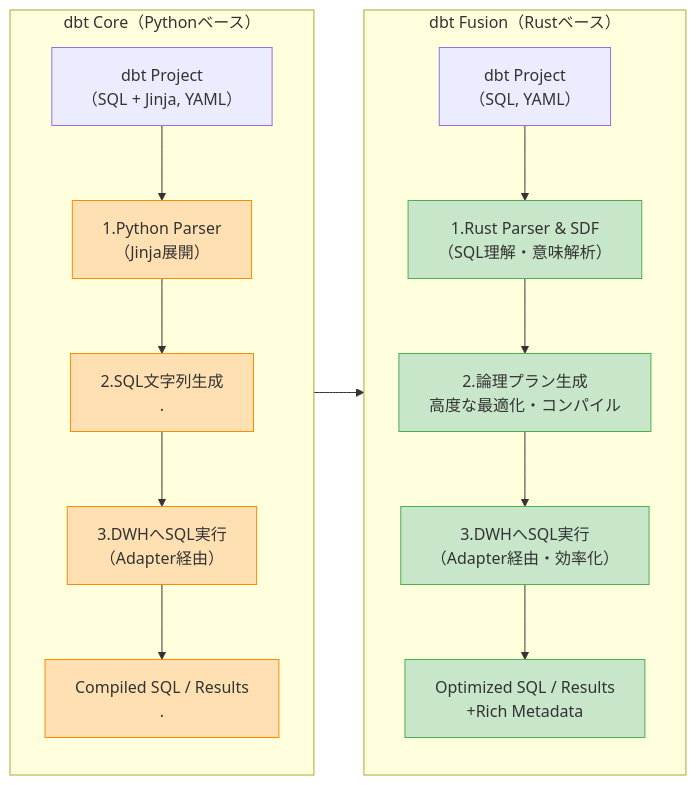
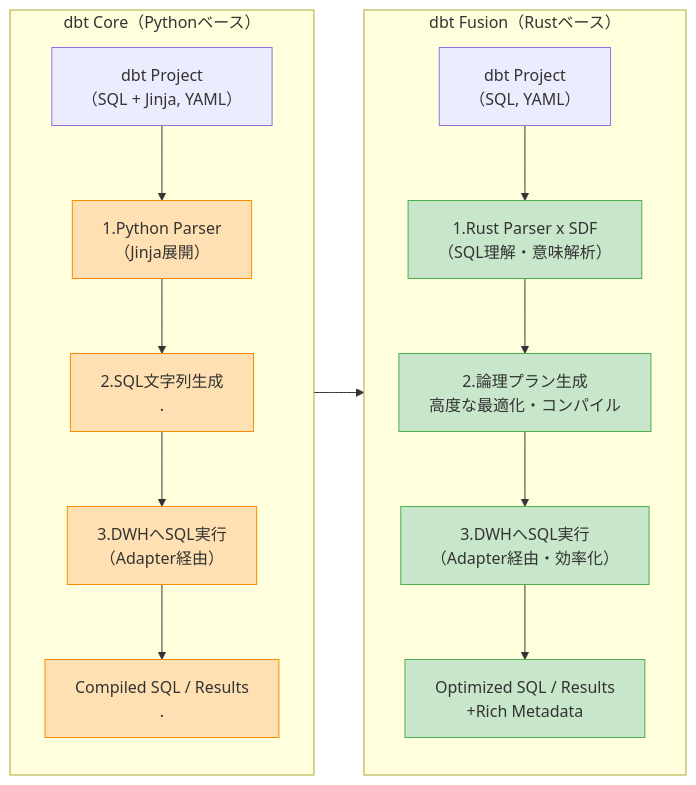
One commit to suwa-sh/zenn-contents changed the third of 4 diagrams in articles/dbt_fusion_engine_20250530.md. Above: the diagram before and after it, drawn with Mermaid.

````diff
--- a/articles/dbt_fusion_engine_20250530.md
+++ b/articles/dbt_fusion_engine_20250530.md
@@ -136,28 +136,28 @@
 ```mermaid
 graph LR
     subgraph dbt_Core [dbt Core（Pythonベース）]
         direction TB
         Core_Input[dbt Project<br/>（SQL + Jinja, YAML）] --> Core_Parse[1.Python Parser<br/>（Jinja展開）]
         Core_Parse --> Core_Compile[2.SQL文字列生成<br/>.]
         Core_Compile --> Core_Run[3.DWHへSQL実行<br/>（Adapter経由）]
         Core_Run --> Core_Output[Compiled SQL / Results<br/>.]
         style Core_Parse fill:#FFE0B2,stroke:#FB8C00
         style Core_Compile fill:#FFE0B2,stroke:#FB8C00
         style Core_Run fill:#FFE0B2,stroke:#FB8C00
         style Core_Output fill:#FFE0B2,stroke:#FB8C00
     end
 
     subgraph dbt_Fusion [dbt Fusion（Rustベース）]
         direction TB
-        Fusion_Input[dbt Project<br/>（SQL, YAML）] --> Fusion_Parse_Understand[1.Rust Parser & SDF<br/>（SQL理解・意味解析）]
+        Fusion_Input[dbt Project<br/>（SQL, YAML）] --> Fusion_Parse_Understand[1.Rust Parser x SDF<br/>（SQL理解・意味解析）]
         Fusion_Parse_Understand --> Fusion_Optimize_Compile[2.論理プラン生成<br/>高度な最適化・コンパイル]
         Fusion_Optimize_Compile --> Fusion_Run[3.DWHへSQL実行<br/>（Adapter経由・効率化）]
         Fusion_Run --> Fusion_Output[Optimized SQL / Results<br/>+Rich Metadata]
         style Fusion_Parse_Understand fill:#C8E6C9,stroke:#4CAF50
         style Fusion_Optimize_Compile fill:#C8E6C9,stroke:#4CAF50
         style Fusion_Run fill:#C8E6C9,stroke:#4CAF50
         style Fusion_Output fill:#C8E6C9,stroke:#4CAF50
     end
 
     dbt_Core --> dbt_Fusion
 ```
````
